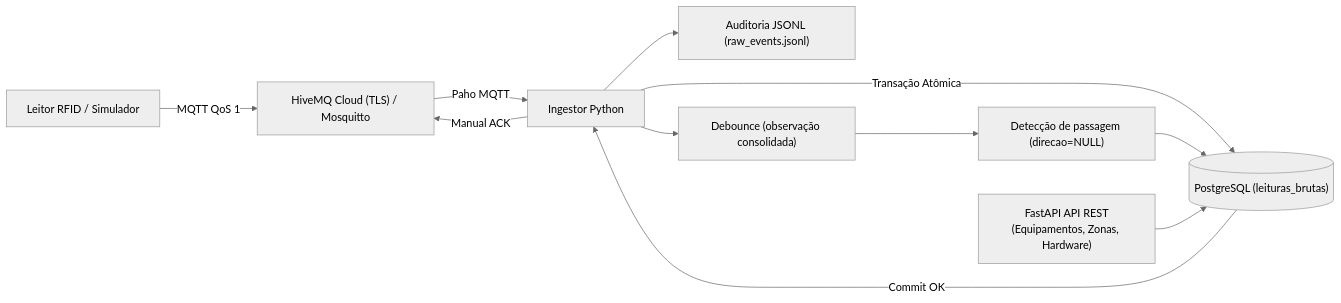
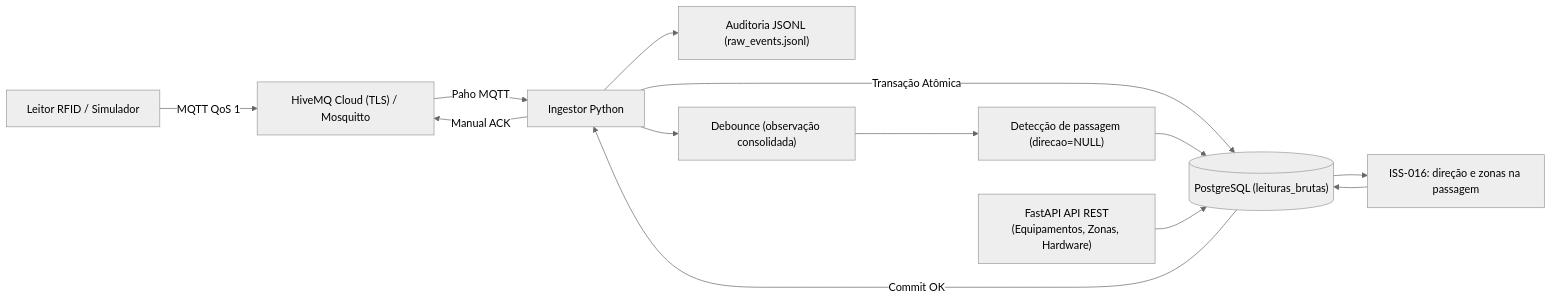
One commit to OtavioBrandao/rastreamento-rfid-hupaa changed the diagram in README.md. Above: the diagram before and after it, drawn with Mermaid (neutral theme). The commit also changed other lines of this file and 4 other files, not shown here.

Commit message:
docs(iss-016): descrever direção temporal e contrato de zonas

````diff
--- a/README.md
+++ b/README.md
@@ -38,13 +38,15 @@
 ```mermaid
 flowchart LR
     LEITOR["Leitor RFID / Simulador"] -->|MQTT QoS 1| BROKER["HiveMQ Cloud (TLS) / Mosquitto"]
     BROKER -->|Paho MQTT| INGESTOR["Ingestor Python"]
     INGESTOR --> JSONL["Auditoria JSONL (raw_events.jsonl)"]
     INGESTOR -->|Transação Atômica| POSTGRES[("PostgreSQL (leituras_brutas)")]
     POSTGRES -->|Commit OK| INGESTOR
     INGESTOR --> DEBOUNCE["Debounce (observação consolidada)"]
     DEBOUNCE --> PASSAGEM["Detecção de passagem (direcao=NULL)"]
     PASSAGEM --> POSTGRES
+    POSTGRES --> DIRECAO["ISS-016: direção e zonas na passagem"]
+    DIRECAO --> POSTGRES
     INGESTOR -->|Manual ACK| BROKER
     FASTAPI["FastAPI API REST<br/>(Equipamentos, Zonas, Hardware)"] --> POSTGRES
 ```
````
